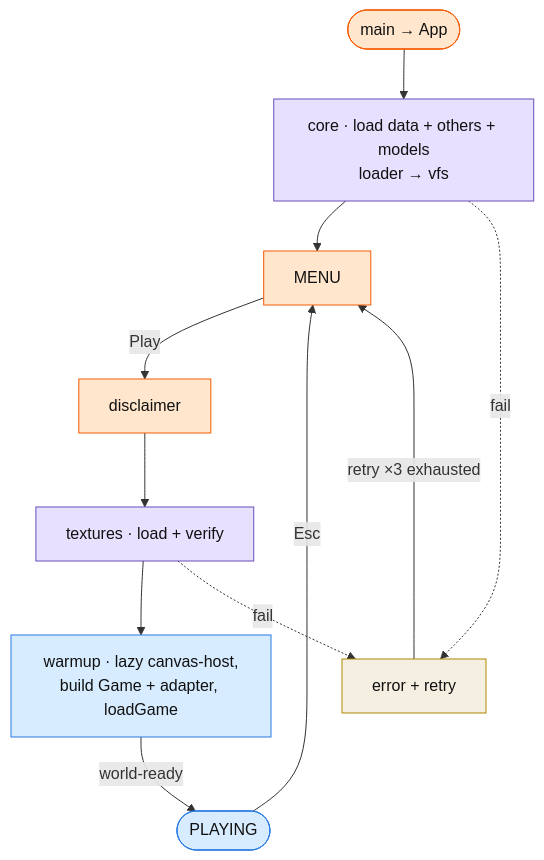
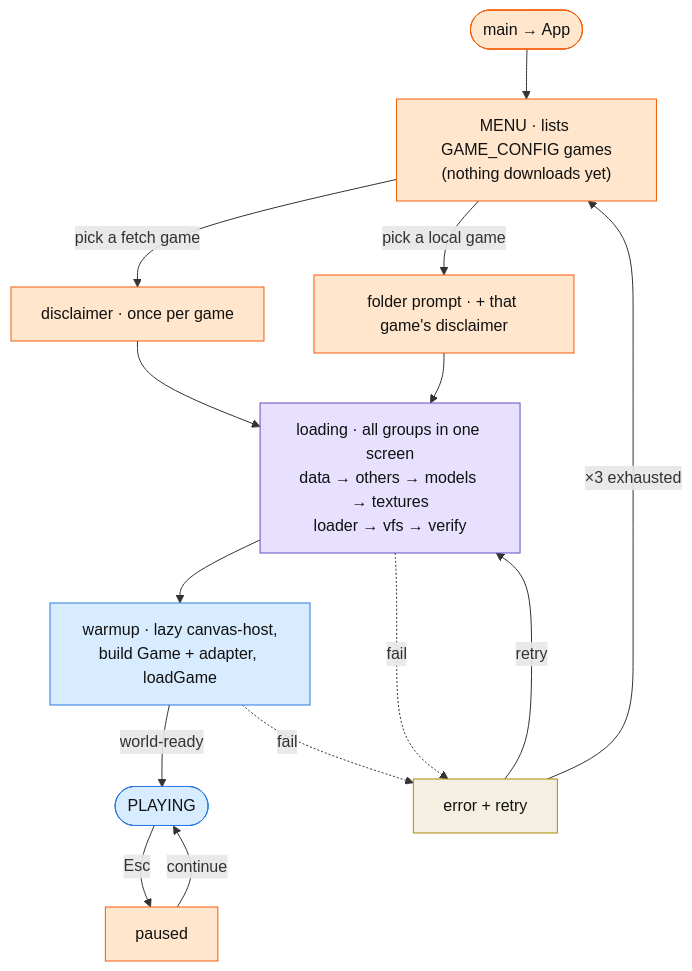
Before and after one commit to AlexSergey/opensa: the third of 4 diagrams in docs/architecture.md, drawn with Mermaid. The commit also changed other lines of this file and 31 other files, not shown here.

````diff
--- a/docs/architecture.md
+++ b/docs/architecture.md
@@ -97,19 +101,22 @@
 ```mermaid
 flowchart TB
-  a([main → App]):::ui --> b["core&nbsp;&middot; load data + others + models<br/>loader → vfs"]:::infra
-  b --> m["MENU"]:::ui
-  m -->|Play| d["disclaimer"]:::ui
-  d --> t["textures&nbsp;&middot; load + verify"]:::infra
-  t --> w["warmup&nbsp;&middot; lazy canvas-host,<br/>build Game + adapter, loadGame"]:::engine
+  a([main → App]):::ui --> m["MENU&nbsp;&middot; lists GAME_CONFIG games<br/>(nothing downloads yet)"]:::ui
+  m -->|pick a fetch game| d["disclaimer&nbsp;&middot; once per game"]:::ui
+  m -->|pick a local game| f["folder prompt&nbsp;&middot; + that game's disclaimer"]:::ui
+  d --> l["loading&nbsp;&middot; all groups in one screen<br/>data → others → models → textures<br/>loader → vfs → verify"]:::infra
+  f --> l
+  l --> w["warmup&nbsp;&middot; lazy canvas-host,<br/>build Game + adapter, loadGame"]:::engine
   w -->|world-ready| p([PLAYING]):::engine
-  p -->|Esc| m
+  p -->|Esc| pa["paused"]:::ui
+  pa -->|continue| p
 
-  b -. fail .-> e["error + retry"]:::data
-  t -. fail .-> e
-  e -->|retry &times;3 exhausted| m
+  l -. fail .-> e["error + retry"]:::data
+  w -. fail .-> e
+  e -->|retry| l
+  e -->|&times;3 exhausted| m
 
   classDef ui fill:#ffe6cc,stroke:#f55c07,color:#111
   classDef infra fill:#e8e0ff,stroke:#6b4fbb,color:#111
   classDef engine fill:#d8ecff,stroke:#2a7ae2,color:#111
   classDef data fill:#f5efe1,stroke:#b08900,color:#111
 ```
````
